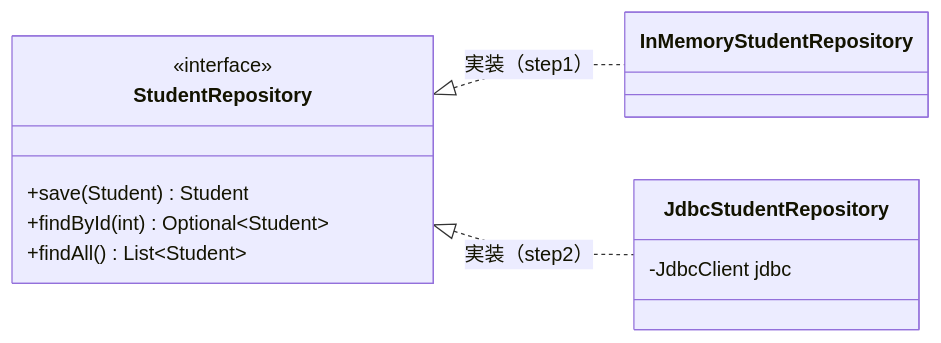
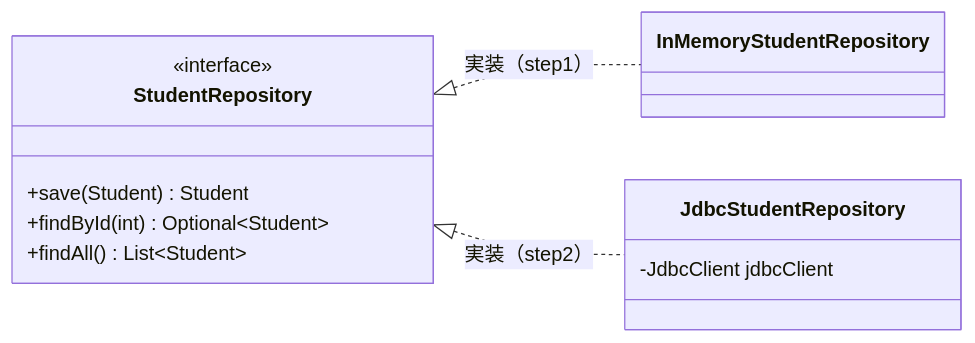
The second of 3 diagrams in データベース/12_JavaからDBを使う_JDBC.md (YTS0418/PRMN_SYSTEM_Lecture), drawn with Mermaid before and after one commit. The commit also changed other lines of this file, not shown here.

First line of the commit message:
docs(database): 12 章の JdbcClient の書き方を見直す

````diff
--- a/データベース/12_JavaからDBを使う_JDBC.md
+++ b/データベース/12_JavaからDBを使う_JDBC.md
@@ -207,16 +258,16 @@
 ```mermaid
 classDiagram
     direction LR
     class StudentRepository {
         <<interface>>
         +save(Student) Student
         +findById(int) Optional~Student~
         +findAll() List~Student~
     }
     class InMemoryStudentRepository
     class JdbcStudentRepository {
-        -JdbcClient jdbc
+        -JdbcClient jdbcClient
     }
     StudentRepository <|.. InMemoryStudentRepository : 実装（step1）
     StudentRepository <|.. JdbcStudentRepository : 実装（step2）
 ```
````
